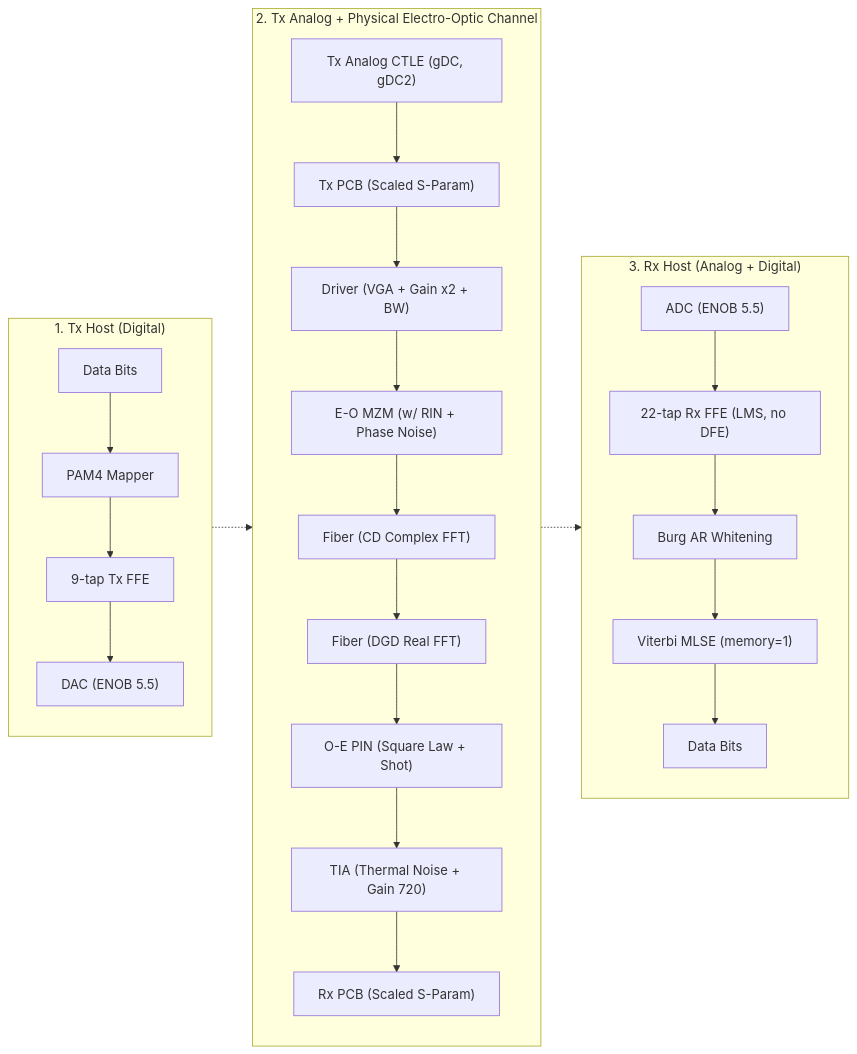
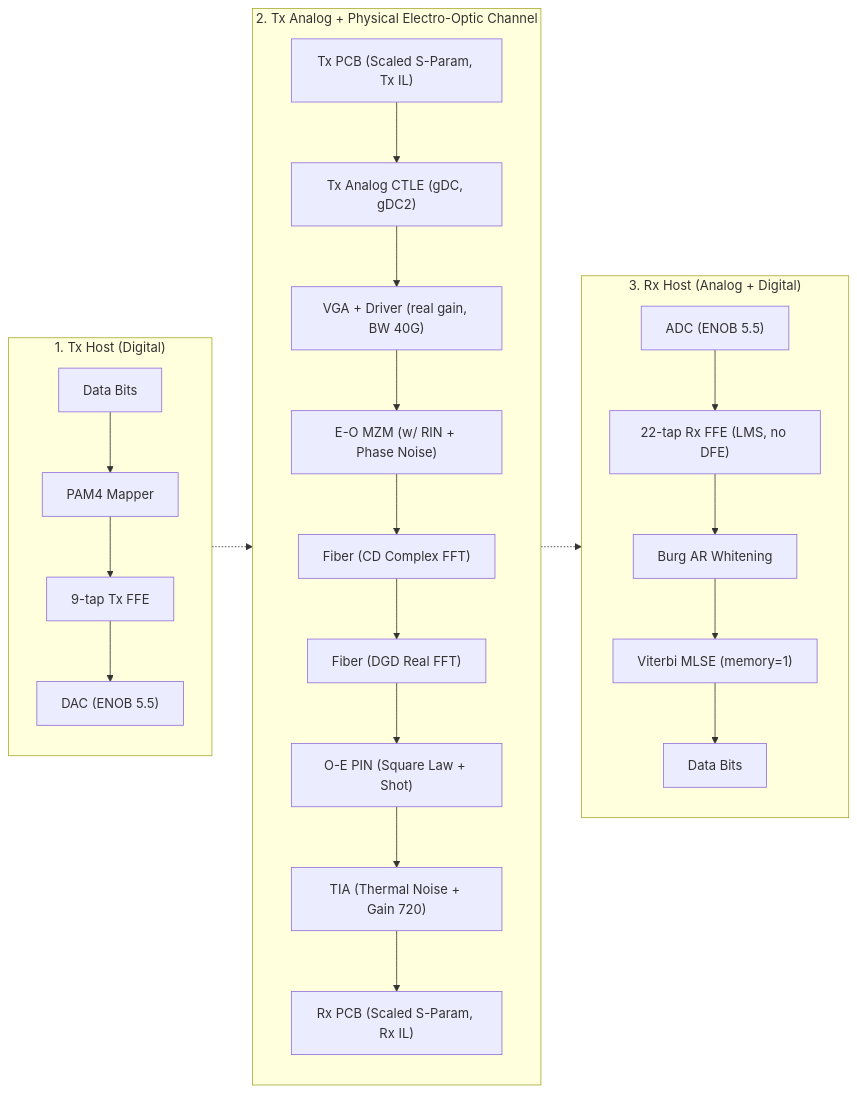
Before and after one commit to ZenHatesCoding/lpo-pam4-sim: the diagram in docs/01_DSP_Architecture.md, drawn with Mermaid. The commit also changed other lines of this file and 197 other files, not shown here.

````diff
--- a/docs/01_DSP_Architecture.md
+++ b/docs/01_DSP_Architecture.md
@@ -33,33 +37,33 @@
 ```mermaid
 %%{init: {'themeVariables': { 'background': 'transparent'}}}%%
 graph LR
     subgraph R1 ["1. Tx Host (Digital)"]
         direction TB
         A[Data Bits] --> B[PAM4 Mapper]
         B --> C["9-tap Tx FFE"]
         C --> D["DAC (ENOB 5.5)"]
     end
 
     subgraph R2 ["2. Tx Analog + Physical Electro-Optic Channel"]
         direction TB
-        E["Tx Analog CTLE (gDC, gDC2)"] --> F["Tx PCB (Scaled S-Param)"]
-        F --> G1["Driver (VGA + Gain x2 + BW)"]
+        E["Tx PCB (Scaled S-Param, Tx IL)"] --> E2["Tx Analog CTLE (gDC, gDC2)"]
+        E2 --> G1["VGA + Driver (real gain, BW 40G)"]
         G1 --> G["E-O MZM (w/ RIN + Phase Noise)"]
         G --> H["Fiber (CD Complex FFT)"]
         H --> I["Fiber (DGD Real FFT)"]
         I --> J["O-E PIN (Square Law + Shot)"]
         J --> K["TIA (Thermal Noise + Gain 720)"]
-        K --> L["Rx PCB (Scaled S-Param)"]
+        K --> L["Rx PCB (Scaled S-Param, Rx IL)"]
     end
 
     subgraph R3 ["3. Rx Host (Analog + Digital)"]
         direction TB
         M["ADC (ENOB 5.5)"] --> N["22-tap Rx FFE (LMS, no DFE)"]
         N --> O["Burg AR Whitening"]
         O --> P["Viterbi MLSE (memory=1)"]
         P --> Q[Data Bits]
     end
 
     D -.-> E
     L -.-> M
 ```
````
